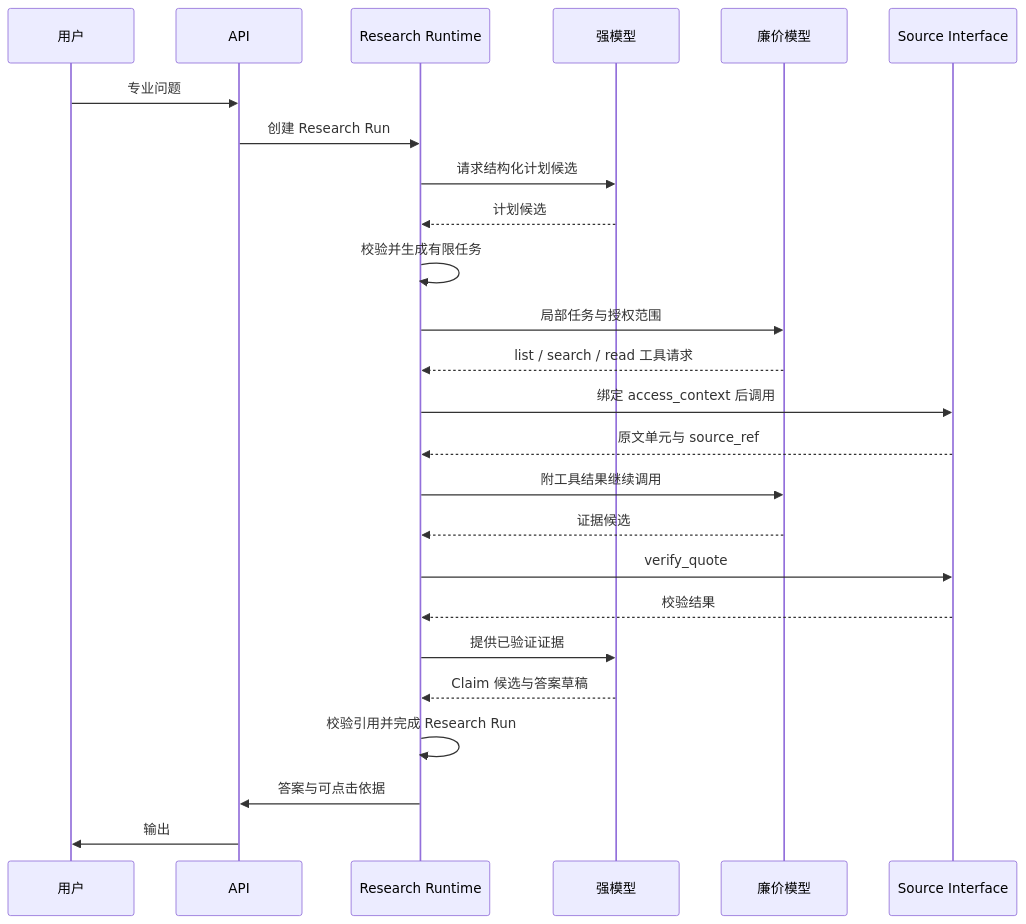
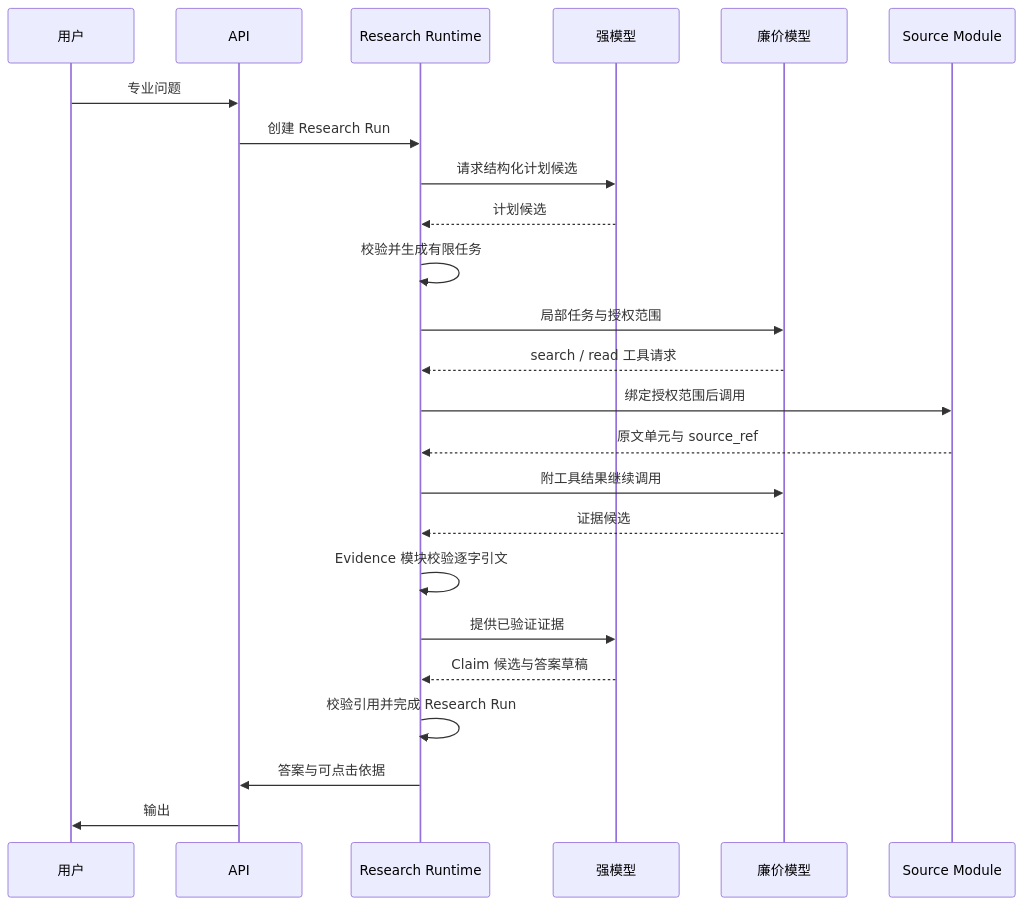
Before and after one commit to SuperCatQR/traceable-research-runtime: the second of 2 diagrams in docs/architecture.md, drawn with Mermaid. The commit also changed other lines of this file and 1 other file, not shown here.

````diff
--- a/docs/architecture.md
+++ b/docs/architecture.md
@@ -187,28 +172,27 @@
 ```mermaid
 sequenceDiagram
     participant U as 用户
     participant A as API
     participant R as Research Runtime
     participant S as 强模型
     participant C as 廉价模型
-    participant SI as Source Interface
+    participant SI as Source Module
 
     U->>A: 专业问题
     A->>R: 创建 Research Run
     R->>S: 请求结构化计划候选
     S-->>R: 计划候选
     R->>R: 校验并生成有限任务
     R->>C: 局部任务与授权范围
-    C-->>R: list / search / read 工具请求
-    R->>SI: 绑定 access_context 后调用
+    C-->>R: search / read 工具请求
+    R->>SI: 绑定授权范围后调用
     SI-->>R: 原文单元与 source_ref
     R->>C: 附工具结果继续调用
     C-->>R: 证据候选
-    R->>SI: verify_quote
-    SI-->>R: 校验结果
+    R->>R: Evidence 模块校验逐字引文
     R->>S: 提供已验证证据
     S-->>R: Claim 候选与答案草稿
     R->>R: 校验引用并完成 Research Run
     R->>A: 答案与可点击依据
     A->>U: 输出
 ```
````
